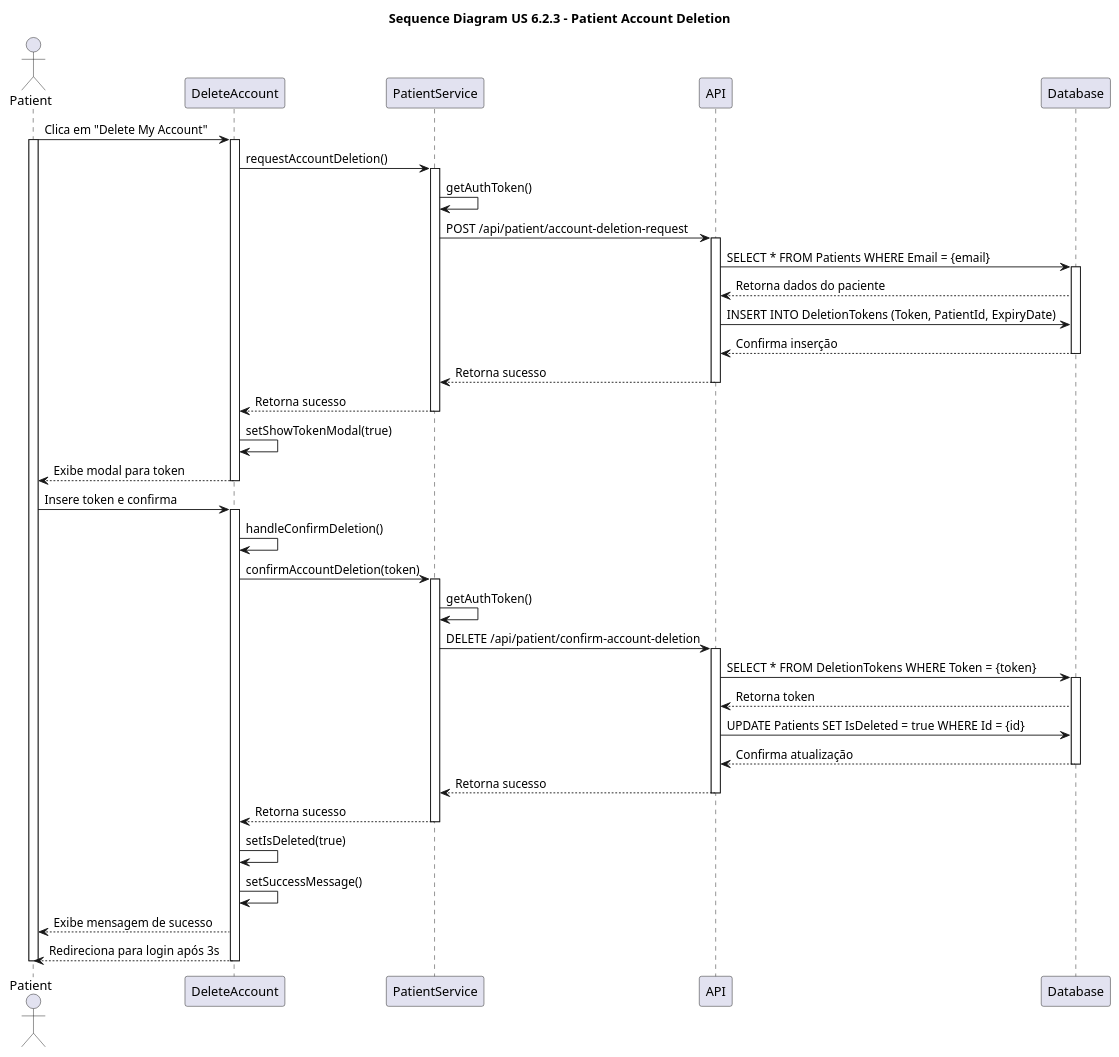
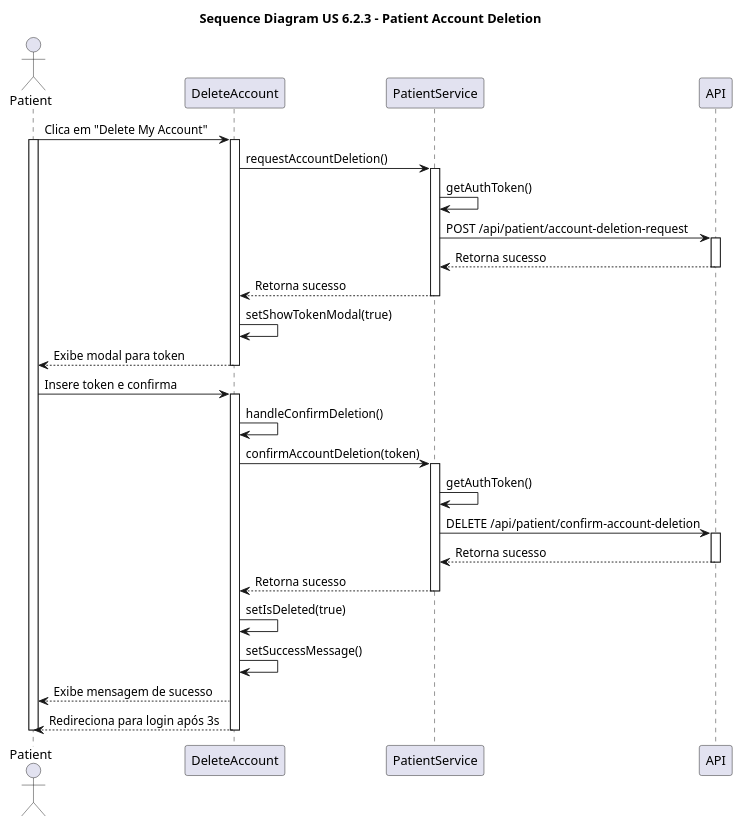
The diagram in docs/Sprint2/US 6.2.3/SD.puml (HugBar/3DC_G17), drawn with PlantUML before and after one commit. The commit also changed 11 other files, not shown here.

```diff
--- a/docs/Sprint2/US 6.2.3/SD.puml
+++ b/docs/Sprint2/US 6.2.3/SD.puml
@@ -1,57 +1,44 @@
-@startuml namespace "SDUS 6.2.3"
+@startuml
 title "Sequence Diagram US 6.2.3 - Patient Account Deletion"
 
 actor Patient
 participant DeleteAccount
 participant PatientService
 participant API
-participant Database
 
 
 Patient->DeleteAccount: Clica em "Delete My Account"
 activate Patient
 activate DeleteAccount
 DeleteAccount->PatientService: requestAccountDeletion()
 activate PatientService
 PatientService->PatientService: getAuthToken()
 PatientService->API: POST /api/patient/account-deletion-request
 activate API
-API->Database: SELECT * FROM Patients WHERE Email = {email}
-activate Database
-Database-->API: Retorna dados do paciente
-API->Database: INSERT INTO DeletionTokens (Token, PatientId, ExpiryDate)
-Database-->API: Confirma inserção
-deactivate Database
 API-->PatientService: Retorna sucesso
 deactivate API
 PatientService-->DeleteAccount: Retorna sucesso
 deactivate PatientService
 DeleteAccount->DeleteAccount: setShowTokenModal(true)
 DeleteAccount-->Patient: Exibe modal para token
 deactivate DeleteAccount
 Patient->DeleteAccount: Insere token e confirma
 activate DeleteAccount
 DeleteAccount->DeleteAccount: handleConfirmDeletion()
 DeleteAccount->PatientService: confirmAccountDeletion(token)
 activate PatientService
 PatientService->PatientService: getAuthToken()
 PatientService->API: DELETE /api/patient/confirm-account-deletion
 activate API
-API->Database: SELECT * FROM DeletionTokens WHERE Token = {token}
-activate Database
-Database-->API: Retorna token
-API->Database: UPDATE Patients SET IsDeleted = true WHERE Id = {id}
-Database-->API: Confirma atualização
-deactivate Database
 API-->PatientService: Retorna sucesso
 deactivate API
 PatientService-->DeleteAccount: Retorna sucesso
 deactivate PatientService
 DeleteAccount->DeleteAccount: setIsDeleted(true)
 DeleteAccount->DeleteAccount: setSuccessMessage()
 DeleteAccount-->Patient: Exibe mensagem de sucesso
 DeleteAccount-->Patient: Redireciona para login após 3s
 
 deactivate DeleteAccount
 deactivate Patient
 @enduml
```
